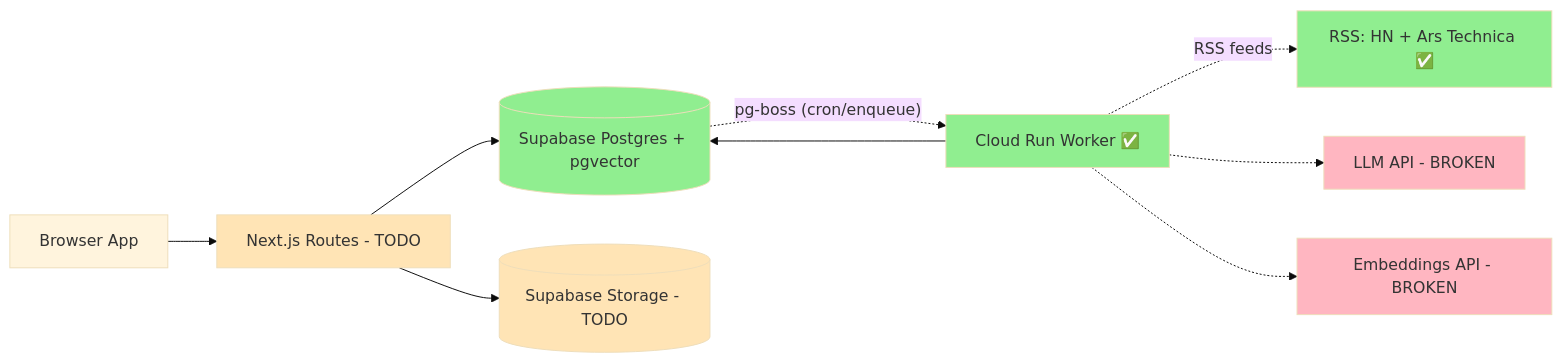
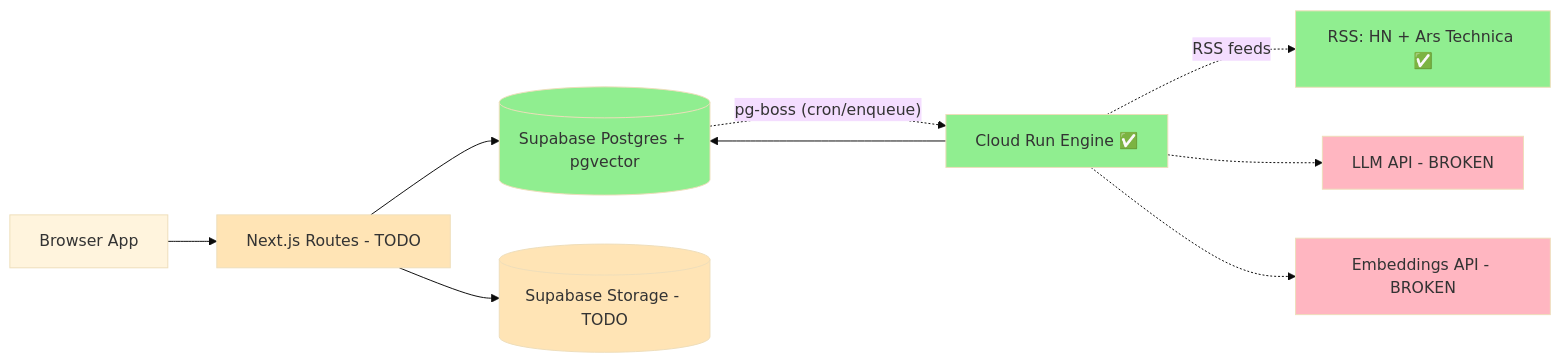
One commit to ParkerRex/zeke changed the first of 16 diagrams in docs/plans/done/pipeline-diagrams.md. Above: the diagram before and after it, drawn with Mermaid (base theme). The commit also changed other lines of this file and 409 other files, not shown here.

````diff
--- a/docs/plans/done/pipeline-diagrams.md
+++ b/docs/plans/done/pipeline-diagrams.md
@@ -13,19 +13,19 @@
 ```mermaid
 graph LR
   U[Browser App] --> R[Next.js Routes - TODO]
   R --> DB[(Supabase Postgres + pgvector)]
   R --> ST[(Supabase Storage - TODO)]
-  DB -. pg-boss (cron/enqueue) .-> W[Cloud Run Worker ✅]
-  W -. RSS feeds .-> RSS[RSS: HN + Ars Technica ✅]
-  W --> DB
-  W -.-> LLM[LLM API - BROKEN]
-  W -.-> EMB[Embeddings API - BROKEN]
+  DB -. pg-boss (cron/enqueue) .-> E[Cloud Run Engine ✅]
+  E -. RSS feeds .-> RSS[RSS: HN + Ars Technica ✅]
+  E --> DB
+  E -.-> LLM[LLM API - BROKEN]
+  E -.-> EMB[Embeddings API - BROKEN]
 
-  style W fill:#90EE90
+  style E fill:#90EE90
   style RSS fill:#90EE90
   style DB fill:#90EE90
   style LLM fill:#FFB6C1
   style EMB fill:#FFB6C1
   style R fill:#FFE4B5
   style ST fill:#FFE4B5
 ```
````
